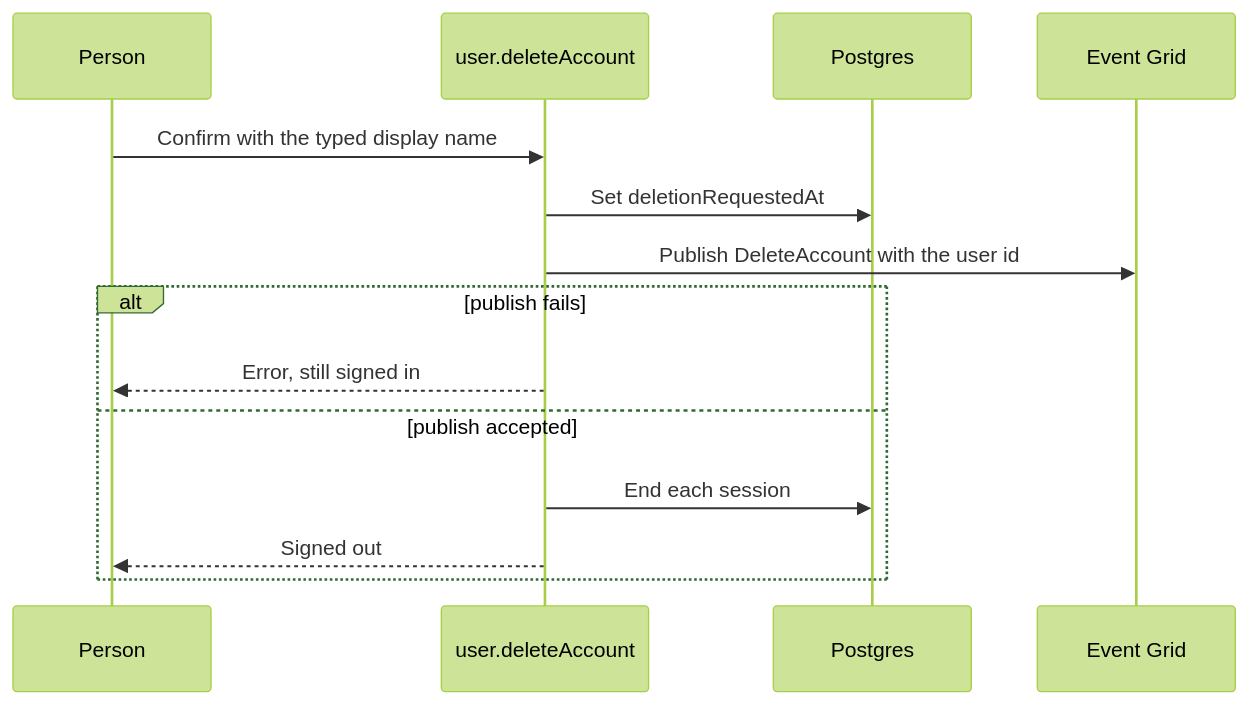
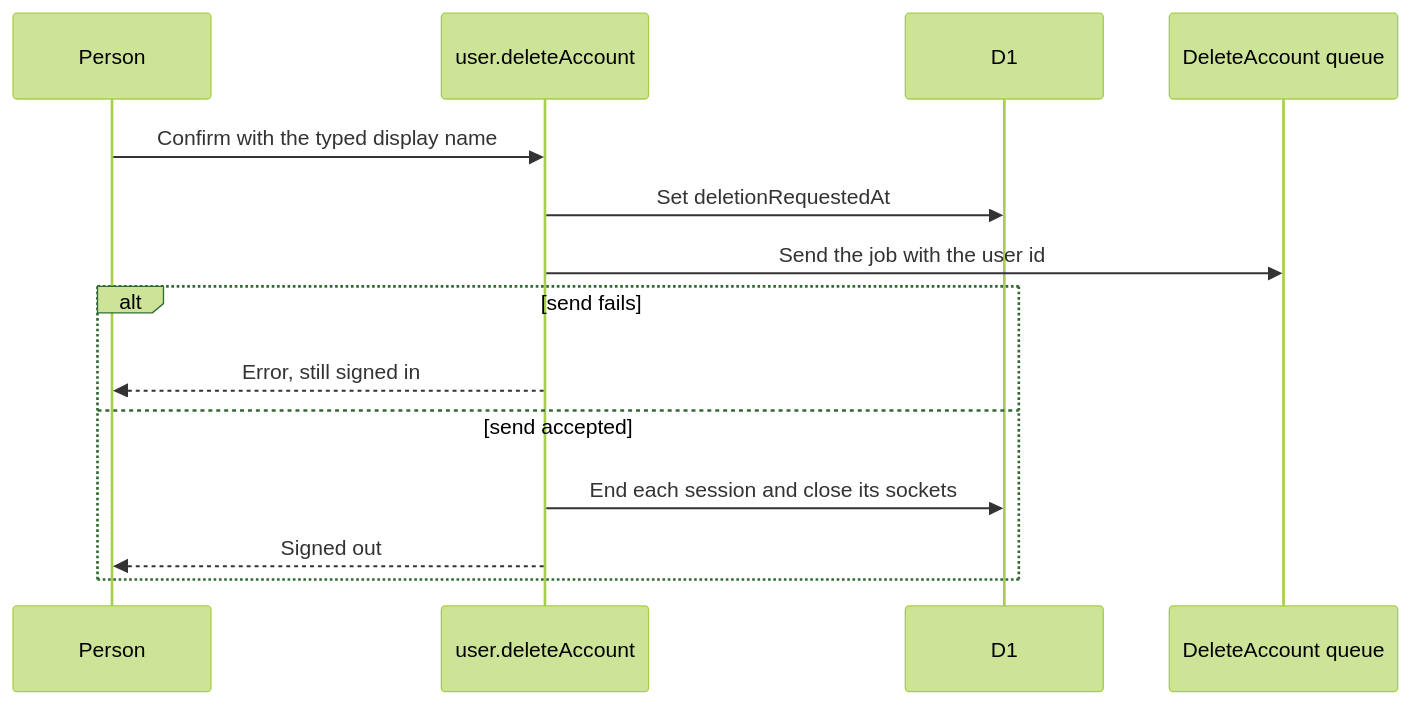
The first of 2 diagrams in openspec/specs/user/account-deletion/design.md (Esposter/Esposter), drawn with Mermaid (forest theme) before and after one commit. The commit also changed other lines of this file and 2 other files, not shown here.

Commit message:
docs(openspec): account deletion, data export and session management describe the D1 rows, the queue job, the room and user objects and R2 objects

````diff
--- a/openspec/specs/user/account-deletion/design.md
+++ b/openspec/specs/user/account-deletion/design.md
@@ -11,16 +11,16 @@
 ```mermaid
 sequenceDiagram
   participant Person
   participant Mutation as user.deleteAccount
-  participant DB as Postgres
-  participant EG as Event Grid
+  participant DB as D1
+  participant Q as DeleteAccount queue
   Person->>Mutation: Confirm with the typed display name
   Mutation->>DB: Set deletionRequestedAt
-  Mutation->>EG: Publish DeleteAccount with the user id
-  alt publish fails
+  Mutation->>Q: Send the job with the user id
+  alt send fails
     Mutation-->>Person: Error, still signed in
-  else publish accepted
-    Mutation->>DB: End each session
+  else send accepted
+    Mutation->>DB: End each session and close its sockets
     Mutation-->>Person: Signed out
   end
 ```
````
